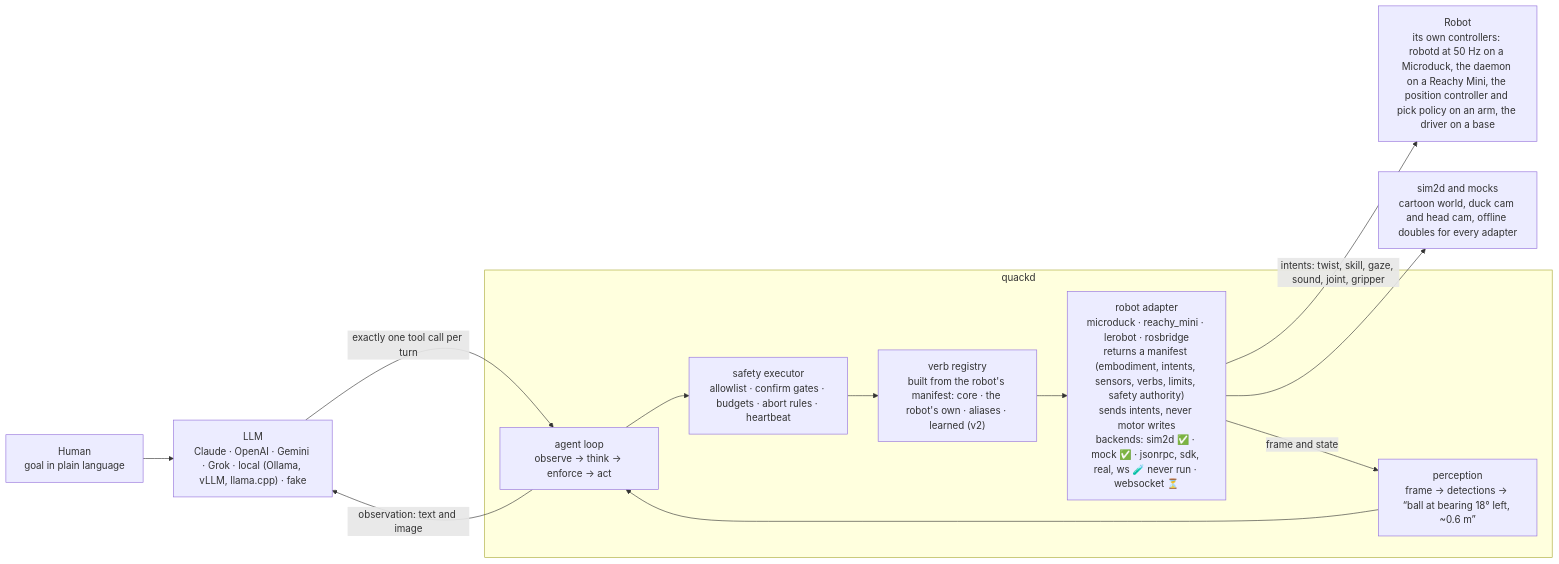
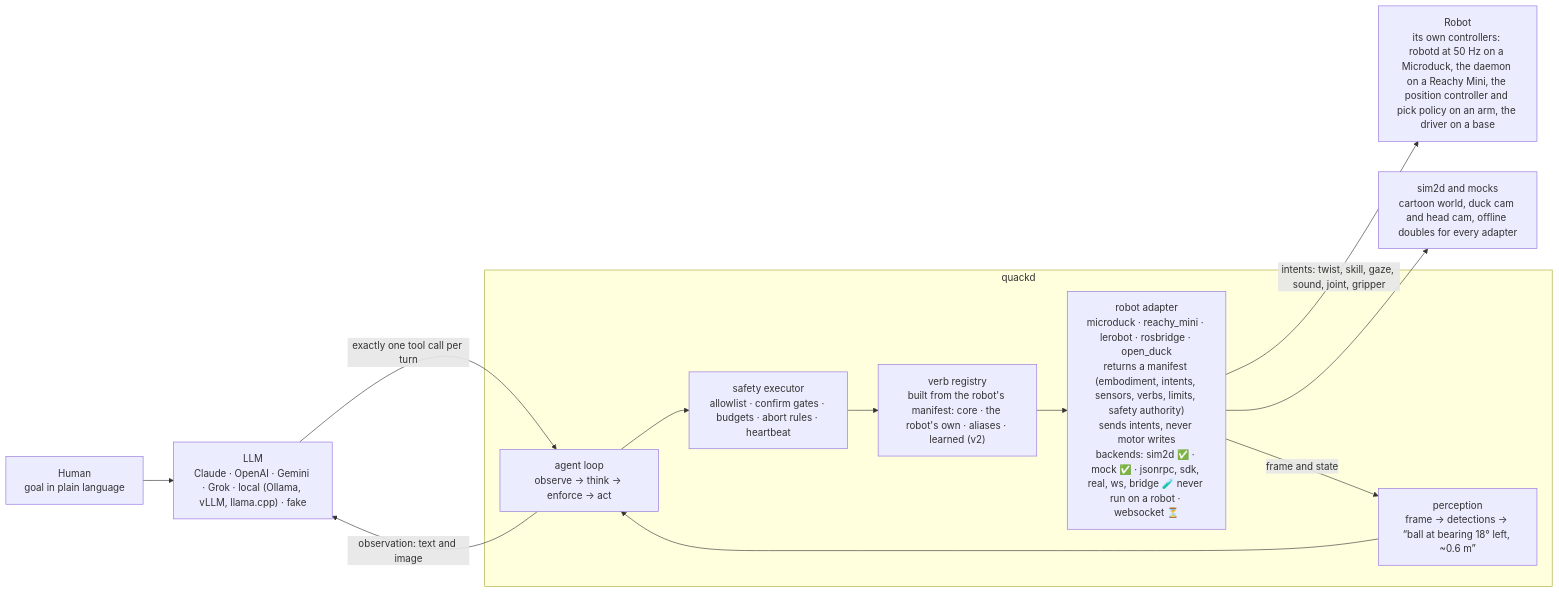
Before and after one commit to gianlucamazza/quackd: the second of 3 diagrams in README.md, drawn with Mermaid. The commit also changed other lines of this file and 11 other files, not shown here.

````diff
--- a/README.md
+++ b/README.md
@@ -260,21 +262,21 @@
 ```mermaid
 flowchart LR
     HUMAN["Human<br/>goal in plain language"]
     LLM["LLM<br/>Claude · OpenAI · Gemini · Grok · local (Ollama, vLLM, llama.cpp) · fake"]
     subgraph quackd
         LOOP["agent loop<br/>observe → think → enforce → act"]
         EXEC["safety executor<br/>allowlist · confirm gates · budgets · abort rules · heartbeat"]
         VERBS["verb registry<br/>built from the robot's manifest: core · the robot's own · aliases · learned (v2)"]
         PERC["perception<br/>frame → detections → “ball at bearing 18° left, ~0.6 m”"]
-        ADAPTER["robot adapter<br/>microduck · reachy_mini · lerobot · rosbridge<br/>returns a manifest (embodiment, intents, sensors, verbs, limits, safety authority)<br/>sends intents, never motor writes<br/>backends: sim2d ✅ · mock ✅ · jsonrpc, sdk, real, ws 🧪 never run · websocket ⏳"]
+        ADAPTER["robot adapter<br/>microduck · reachy_mini · lerobot · rosbridge · open_duck<br/>returns a manifest (embodiment, intents, sensors, verbs, limits, safety authority)<br/>sends intents, never motor writes<br/>backends: sim2d ✅ · mock ✅ · jsonrpc, sdk, real, ws, bridge 🧪 never run on a robot · websocket ⏳"]
     end
     ROBOT["Robot<br/>its own controllers: robotd at 50 Hz on a Microduck, the daemon on a Reachy Mini, the position controller and pick policy on an arm, the driver on a base"]
     SIM["sim2d and mocks<br/>cartoon world, duck cam and head cam, offline doubles for every adapter"]
     HUMAN --> LLM
     LLM -- "exactly one tool call per turn" --> LOOP
     LOOP --> EXEC --> VERBS --> ADAPTER
     ADAPTER -- "intents: twist, skill, gaze, sound, joint, gripper" --> ROBOT
     ADAPTER --> SIM
     ADAPTER -- "frame and state" --> PERC --> LOOP
     LOOP -- "observation: text and image" --> LLM
 ```
````
